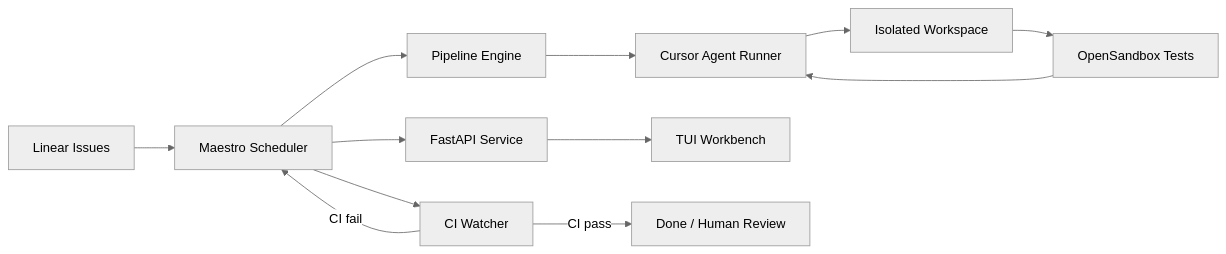
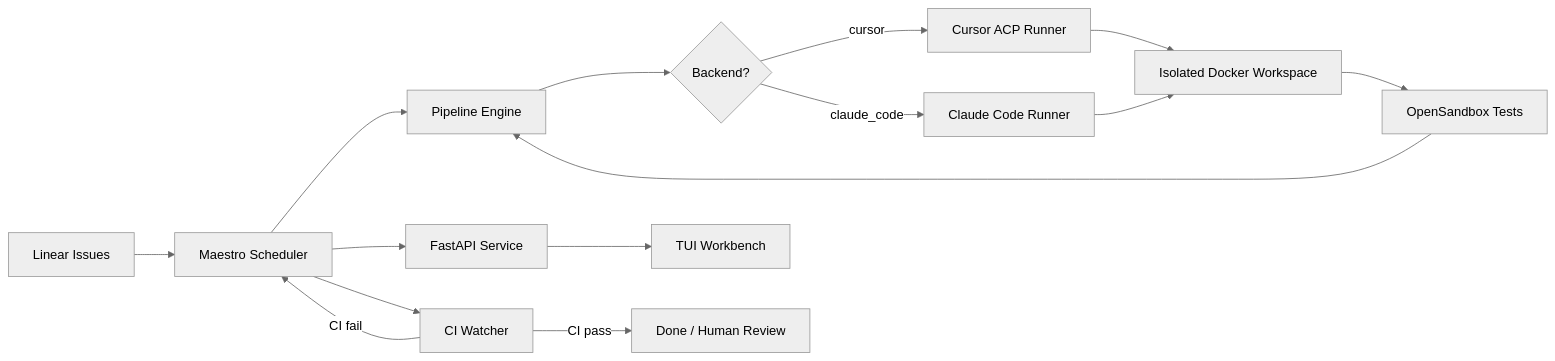
One commit to neilzhangpro/Maestro changed the diagram in README.md. Above: the diagram before and after it, drawn with Mermaid (neutral theme). The commit also changed other lines of this file and 10 other files, not shown here.

````diff
--- a/README.md
+++ b/README.md
@@ -76,14 +78,17 @@
 ```mermaid
 flowchart LR
     A[Linear Issues] --> B[Maestro Scheduler]
     B --> C[Pipeline Engine]
-    C --> D[Cursor Agent Runner]
-    D --> E[Isolated Workspace]
-    B --> F[FastAPI Service]
-    F --> G[TUI Workbench]
-    E --> H[OpenSandbox Tests]
-    H --> D
-    B --> I[CI Watcher]
-    I -->|CI pass| J[Done / Human Review]
-    I -->|CI fail| B
+    C --> D{Backend?}
+    D -->|cursor| E[Cursor ACP Runner]
+    D -->|claude_code| F[Claude Code Runner]
+    E --> G[Isolated Docker Workspace]
+    F --> G
+    B --> H[FastAPI Service]
+    H --> I[TUI Workbench]
+    G --> J[OpenSandbox Tests]
+    J --> C
+    B --> K[CI Watcher]
+    K -->|CI pass| L[Done / Human Review]
+    K -->|CI fail| B
 ```
````
